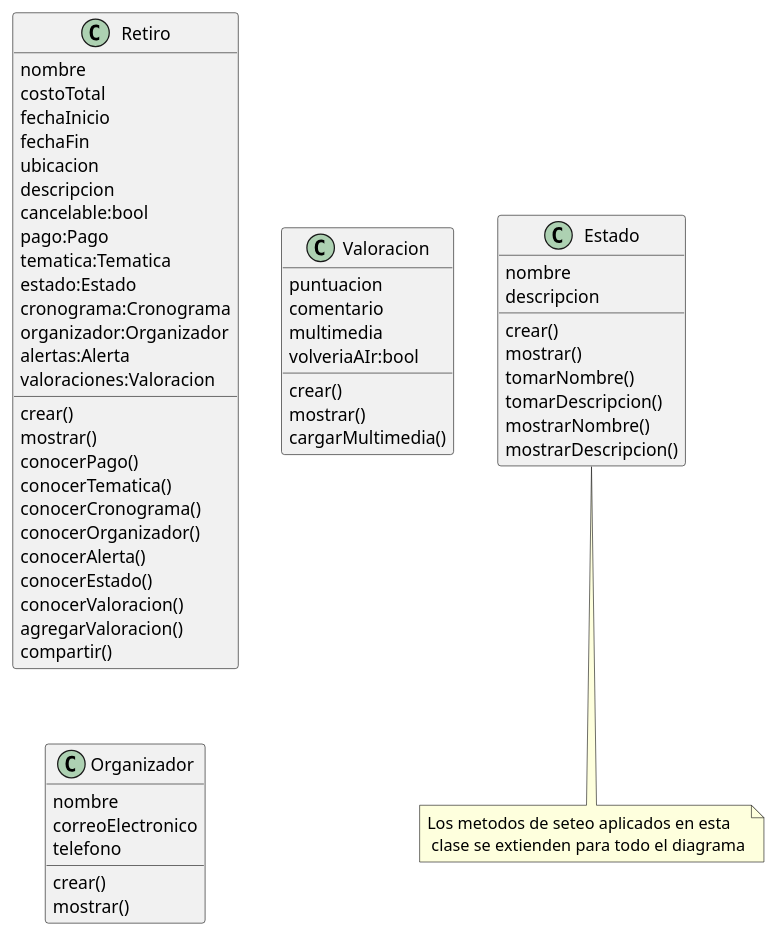
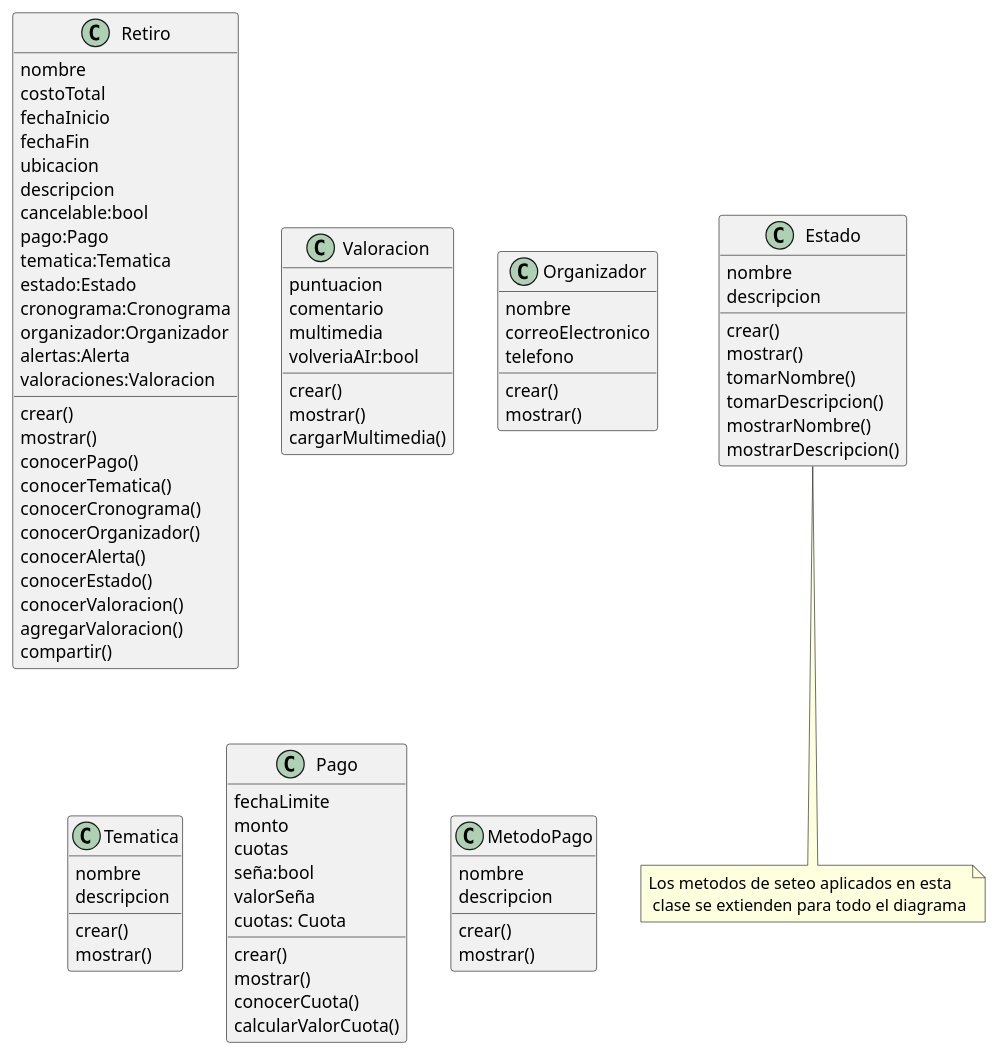
One commit to Facu-maldon/TPI-ASI-Grupo11 changed the diagram in Diagrama de clases.puml. Above: the diagram before and after it, drawn with PlantUML.

Commit message:
Agrega clases de finanzas y clasificacion: Tematica, Pago y MetodoPago

```diff
--- a/Diagrama de clases.puml
+++ b/Diagrama de clases.puml
@@ -1,67 +1,96 @@
 @startuml retiros
 
 class Retiro{
     nombre
     costoTotal
     fechaInicio
     fechaFin
     ubicacion
     descripcion
     cancelable:bool
     pago:Pago
     tematica:Tematica
     estado:Estado
     cronograma:Cronograma
     organizador:Organizador
     alertas:Alerta
     valoraciones:Valoracion
 
     crear()
     mostrar()
     conocerPago()
     conocerTematica()
     conocerCronograma()
     conocerOrganizador()
     conocerAlerta()
     conocerEstado()
     conocerValoracion()
     agregarValoracion()
     compartir()
 }
 
 class Valoracion{
     puntuacion
     comentario
     multimedia
     volveriaAIr:bool
 
     crear()
     mostrar()
     cargarMultimedia()
 }
 
 class Estado{
     nombre
     descripcion
 
     crear()
     mostrar()
     tomarNombre()
     tomarDescripcion()
     mostrarNombre()
     mostrarDescripcion()
 }
 
 class Organizador{
     nombre
     correoElectronico
     telefono
 
     crear()
     mostrar()
 }
 
+class Tematica{
+    nombre
+    descripcion
+
+    crear()
+    mostrar()
+}
+
+class Pago{
+    fechaLimite
+    monto
+    cuotas
+    seña:bool
+    valorSeña
+    cuotas: Cuota
+
+    crear()
+    mostrar()
+    conocerCuota()
+    calcularValorCuota()
+}
+
+class MetodoPago{
+    nombre
+    descripcion
+
+    crear()
+    mostrar()
+}
 
 note bottom of Estado : Los metodos de seteo aplicados en esta \n clase se extienden para todo el diagrama
 
 @enduml
```
